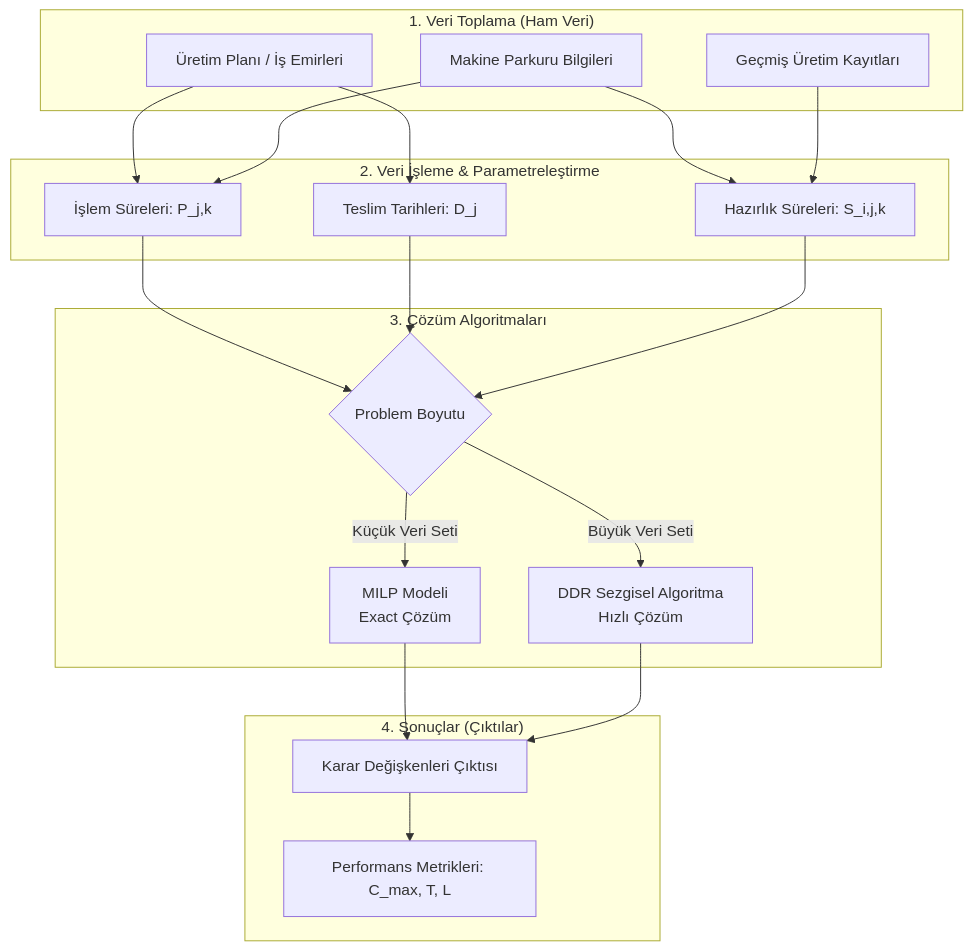
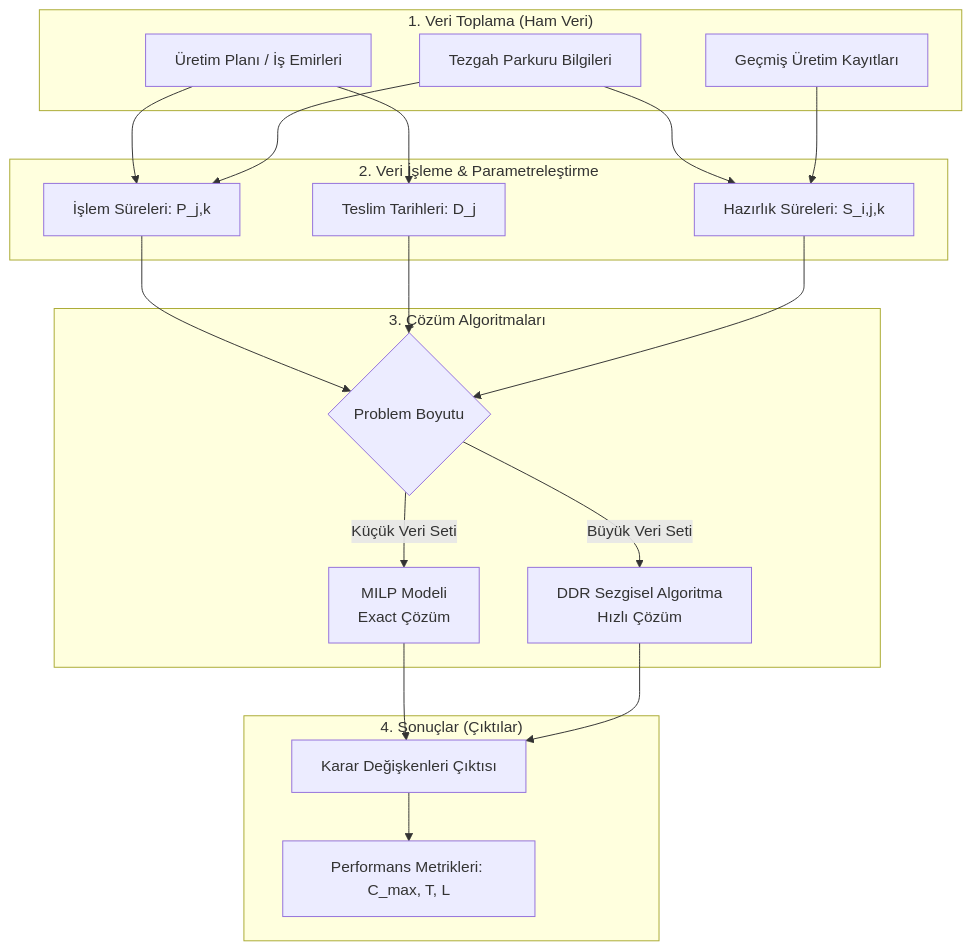
Before and after one commit to umuxt/END505E: the first of 3 diagrams in 10_uygulama_teorik_akis.md, drawn with Mermaid. The commit also changed other lines of this file and 15 other files, not shown here.

````diff
--- a/10_uygulama_teorik_akis.md
+++ b/10_uygulama_teorik_akis.md
@@ -9,42 +9,42 @@
 ```mermaid
 graph TD
     subgraph "1. Veri Toplama (Ham Veri)"
         A[Üretim Planı / İş Emirleri]
-        B[Makine Parkuru Bilgileri]
+        B[Tezgah Parkuru Bilgileri]
         C[Geçmiş Üretim Kayıtları]
     end
 
     subgraph "2. Veri İşleme & Parametreleştirme"
         D[İşlem Süreleri: P_j,k]
         E[Teslim Tarihleri: D_j]
         F[Hazırlık Süreleri: S_i,j,k]
     end
 
     subgraph "3. Çözüm Algoritmaları"
         G{Problem Boyutu}
         H[MILP Modeli <br> Exact Çözüm]
         I[DDR Sezgisel Algoritma <br> Hızlı Çözüm]
     end
 
     subgraph "4. Sonuçlar (Çıktılar)"
         J[Karar Değişkenleri Çıktısı]
         K[Performans Metrikleri: C_max, T, L]
     end
 
     A --> D
     A --> E
     B --> D
     B --> F
     C --> F
 
     D --> G
     E --> G
     F --> G
 
     G -->|Küçük Veri Seti| H
     G -->|Büyük Veri Seti| I
 
     H --> J
     I --> J
     J --> K
 ```
````
